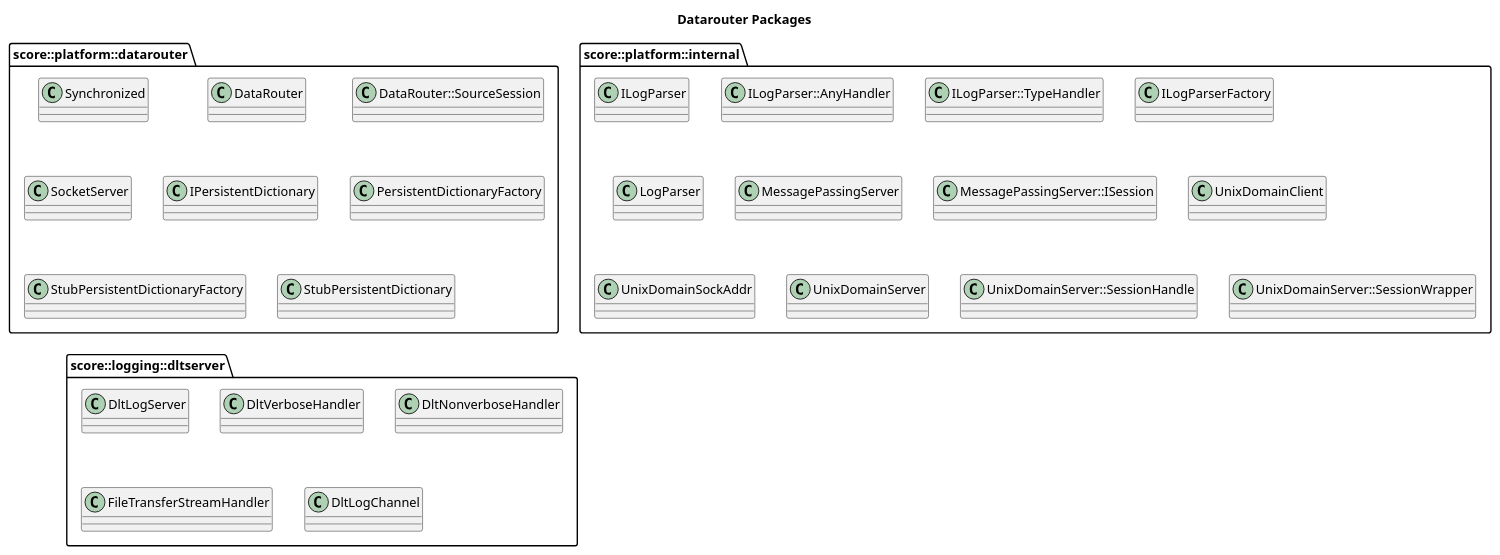
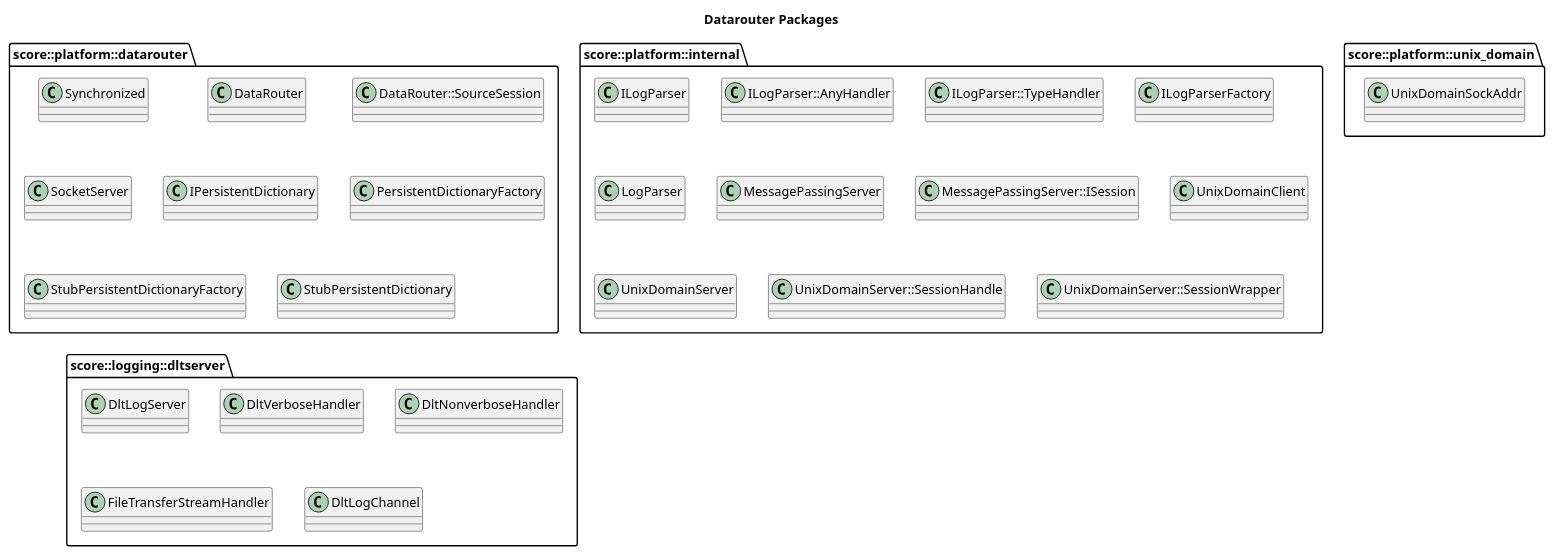
The diagram in score/datarouter/doc/design/uml/package-datarouter.puml (eclipse-score/logging), drawn with PlantUML before and after one commit. The commit also changed 10 other files, not shown here.

Commit message:
refactor(datarouter): move unix domain API to unix_domain namespace

```diff
--- a/score/datarouter/doc/design/uml/package-datarouter.puml
+++ b/score/datarouter/doc/design/uml/package-datarouter.puml
@@ -14,39 +14,42 @@
 @startuml
 
 title Datarouter Packages
 
 package "score::platform::datarouter" {
   class Synchronized
   class DataRouter
   class DataRouter::SourceSession
   class SocketServer
   class IPersistentDictionary
   class PersistentDictionaryFactory
   class StubPersistentDictionaryFactory
   class StubPersistentDictionary
 }
 
 package "score::platform::internal" {
   class ILogParser
   class ILogParser::AnyHandler
   class ILogParser::TypeHandler
   class ILogParserFactory
   class LogParser
   class MessagePassingServer
   class MessagePassingServer::ISession
   class UnixDomainClient
-  class UnixDomainSockAddr
   class UnixDomainServer
   class UnixDomainServer::SessionHandle
   class UnixDomainServer::SessionWrapper
+}
+
+package "score::platform::unix_domain" {
+  class UnixDomainSockAddr
 }
 
 package "score::logging::dltserver" {
   class DltLogServer
   class DltVerboseHandler
   class DltNonverboseHandler
   class FileTransferStreamHandler
   class DltLogChannel
 }
 
 @enduml
```
